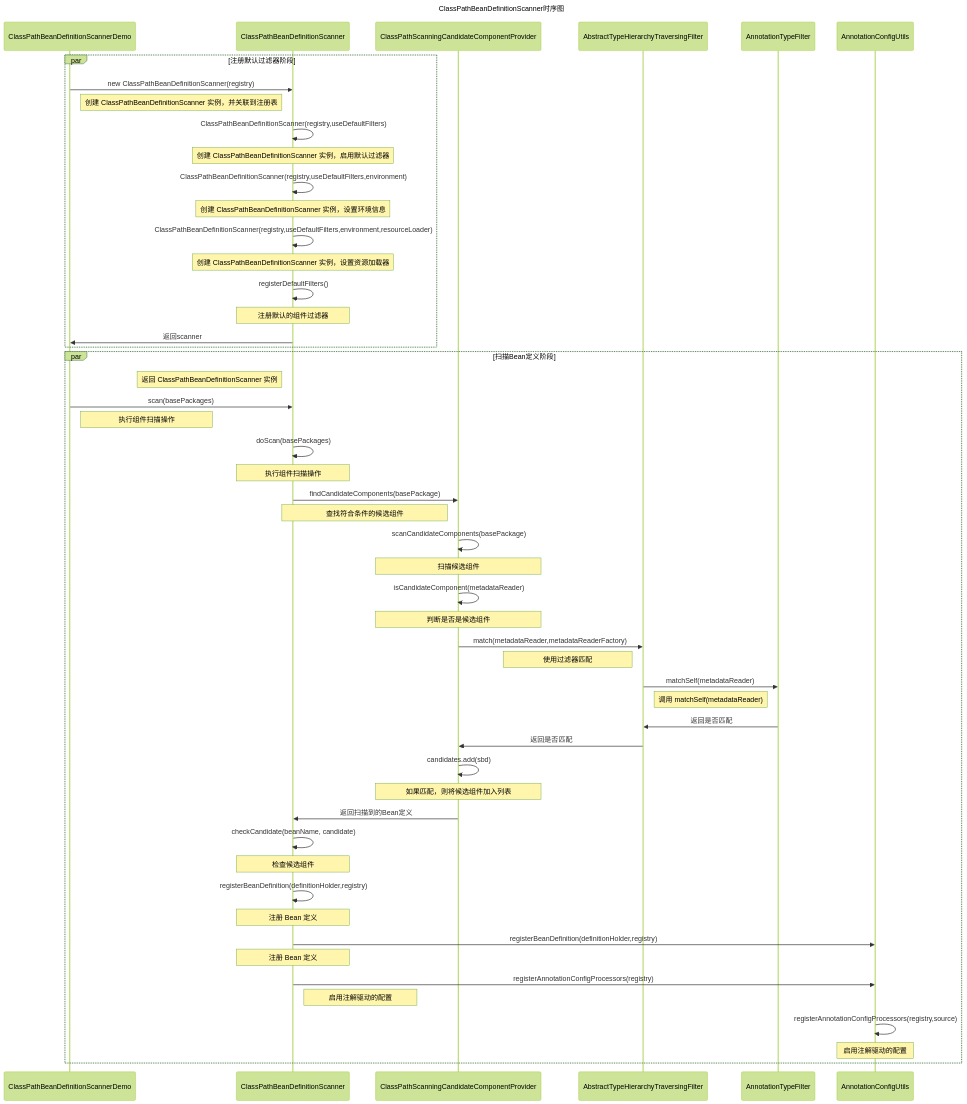
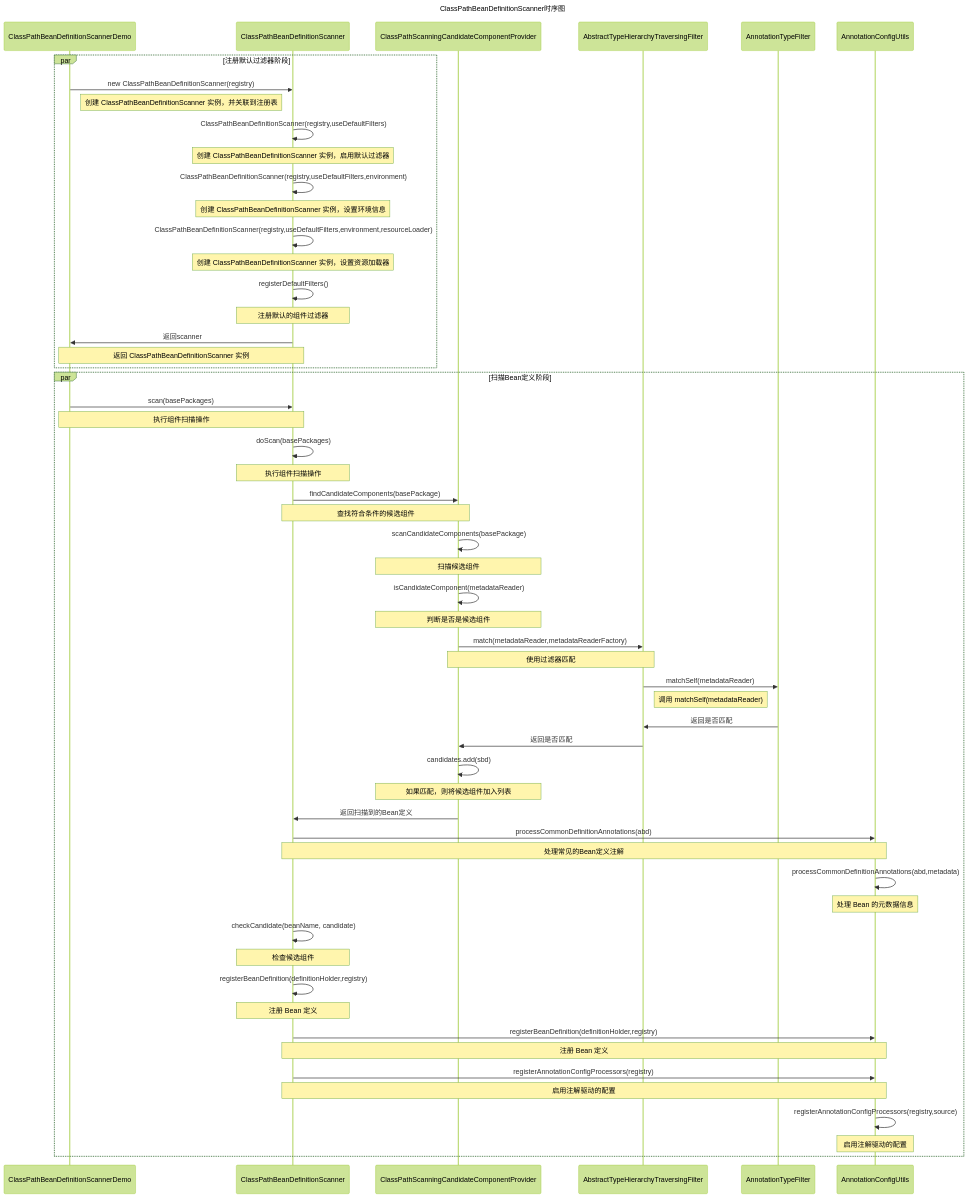
One commit to xuchengsheng/spring-reading changed the diagram in spring-beans/spring-bean-classPathBeanDefinitionScanner/README.md. Above: the diagram before and after it, drawn with Mermaid (forest theme). The commit also changed other lines of this file, not shown here.

Commit message:
优化ClassPathBeanDefinitionScanner源码分析

```diff
--- a/spring-beans/spring-bean-classPathBeanDefinitionScanner/README.md
+++ b/spring-beans/spring-bean-classPathBeanDefinitionScanner/README.md
@@ -100,50 +105,56 @@
 ~~~mermaid
 sequenceDiagram
 Title: ClassPathBeanDefinitionScanner时序图
+
 par 注册默认过滤器阶段
 ClassPathBeanDefinitionScannerDemo->>ClassPathBeanDefinitionScanner:new ClassPathBeanDefinitionScanner(registry)
 note right of ClassPathBeanDefinitionScannerDemo: 创建 ClassPathBeanDefinitionScanner 实例，并关联到注册表
 ClassPathBeanDefinitionScanner->>ClassPathBeanDefinitionScanner:ClassPathBeanDefinitionScanner(registry,useDefaultFilters)
 note over ClassPathBeanDefinitionScanner: 创建 ClassPathBeanDefinitionScanner 实例，启用默认过滤器
 ClassPathBeanDefinitionScanner->>ClassPathBeanDefinitionScanner:ClassPathBeanDefinitionScanner(registry,useDefaultFilters,environment)
 note over ClassPathBeanDefinitionScanner: 创建 ClassPathBeanDefinitionScanner 实例，设置环境信息
 ClassPathBeanDefinitionScanner->>ClassPathBeanDefinitionScanner:ClassPathBeanDefinitionScanner(registry,useDefaultFilters,environment,resourceLoader)
 note over ClassPathBeanDefinitionScanner: 创建 ClassPathBeanDefinitionScanner 实例，设置资源加载器
 ClassPathBeanDefinitionScanner->>ClassPathBeanDefinitionScanner:registerDefaultFilters()
 note over ClassPathBeanDefinitionScanner: 注册默认的组件过滤器
 ClassPathBeanDefinitionScanner->>ClassPathBeanDefinitionScannerDemo:返回scanner
+note over ClassPathBeanDefinitionScanner,ClassPathBeanDefinitionScannerDemo: 返回 ClassPathBeanDefinitionScanner 实例
 end
+
 par 扫描Bean定义阶段
-note left of ClassPathBeanDefinitionScanner: 返回 ClassPathBeanDefinitionScanner 实例
 ClassPathBeanDefinitionScannerDemo->>ClassPathBeanDefinitionScanner:scan(basePackages)
-note right of ClassPathBeanDefinitionScannerDemo: 执行组件扫描操作
+note over ClassPathBeanDefinitionScannerDemo,ClassPathBeanDefinitionScanner: 执行组件扫描操作
 ClassPathBeanDefinitionScanner->>ClassPathBeanDefinitionScanner:doScan(basePackages)
 note over ClassPathBeanDefinitionScanner: 执行组件扫描操作
 ClassPathBeanDefinitionScanner->>ClassPathScanningCandidateComponentProvider:findCandidateComponents(basePackage)
-note left of ClassPathScanningCandidateComponentProvider: 查找符合条件的候选组件
+note over ClassPathScanningCandidateComponentProvider,ClassPathBeanDefinitionScanner: 查找符合条件的候选组件
 ClassPathScanningCandidateComponentProvider->>ClassPathScanningCandidateComponentProvider:scanCandidateComponents(basePackage)
 note over ClassPathScanningCandidateComponentProvider: 扫描候选组件
 ClassPathScanningCandidateComponentProvider->>ClassPathScanningCandidateComponentProvider:isCandidateComponent(metadataReader)
 note over ClassPathScanningCandidateComponentProvider: 判断是否是候选组件
 ClassPathScanningCandidateComponentProvider->>AbstractTypeHierarchyTraversingFilter:match(metadataReader,metadataReaderFactory)
-note left of AbstractTypeHierarchyTraversingFilter: 使用过滤器匹配
+note over AbstractTypeHierarchyTraversingFilter,ClassPathScanningCandidateComponentProvider: 使用过滤器匹配
 AbstractTypeHierarchyTraversingFilter->>AnnotationTypeFilter:matchSelf(metadataReader)
 note left of AnnotationTypeFilter: 调用 matchSelf(metadataReader)
 AnnotationTypeFilter->>AbstractTypeHierarchyTraversingFilter:返回是否匹配
 AbstractTypeHierarchyTraversingFilter->>ClassPathScanningCandidateComponentProvider:返回是否匹配
 ClassPathScanningCandidateComponentProvider->>ClassPathScanningCandidateComponentProvider:candidates.add(sbd)
 note over ClassPathScanningCandidateComponentProvider: 如果匹配，则将候选组件加入列表
 ClassPathScanningCandidateComponentProvider->>ClassPathBeanDefinitionScanner:返回扫描到的Bean定义
+ClassPathBeanDefinitionScanner->>AnnotationConfigUtils:processCommonDefinitionAnnotations(abd)
+Note over ClassPathBeanDefinitionScanner, AnnotationConfigUtils: 处理常见的Bean定义注解
+AnnotationConfigUtils->>AnnotationConfigUtils:processCommonDefinitionAnnotations(abd,metadata)
+Note over AnnotationConfigUtils: 处理 Bean 的元数据信息
 ClassPathBeanDefinitionScanner->>ClassPathBeanDefinitionScanner:checkCandidate(beanName, candidate)
 note over ClassPathBeanDefinitionScanner: 检查候选组件
 ClassPathBeanDefinitionScanner->>ClassPathBeanDefinitionScanner:registerBeanDefinition(definitionHolder,registry)
 note over ClassPathBeanDefinitionScanner: 注册 Bean 定义
 ClassPathBeanDefinitionScanner->>AnnotationConfigUtils:registerBeanDefinition(definitionHolder,registry)
-note over ClassPathBeanDefinitionScanner: 注册 Bean 定义
+note over ClassPathBeanDefinitionScanner,AnnotationConfigUtils: 注册 Bean 定义
 ClassPathBeanDefinitionScanner->>AnnotationConfigUtils:registerAnnotationConfigProcessors(registry)
-note right of ClassPathBeanDefinitionScanner: 启用注解驱动的配置
+note over ClassPathBeanDefinitionScanner,AnnotationConfigUtils: 启用注解驱动的配置
 AnnotationConfigUtils->>AnnotationConfigUtils:registerAnnotationConfigProcessors(registry,source)
 note over AnnotationConfigUtils: 启用注解驱动的配置
+end
 
-end
 ~~~
```
